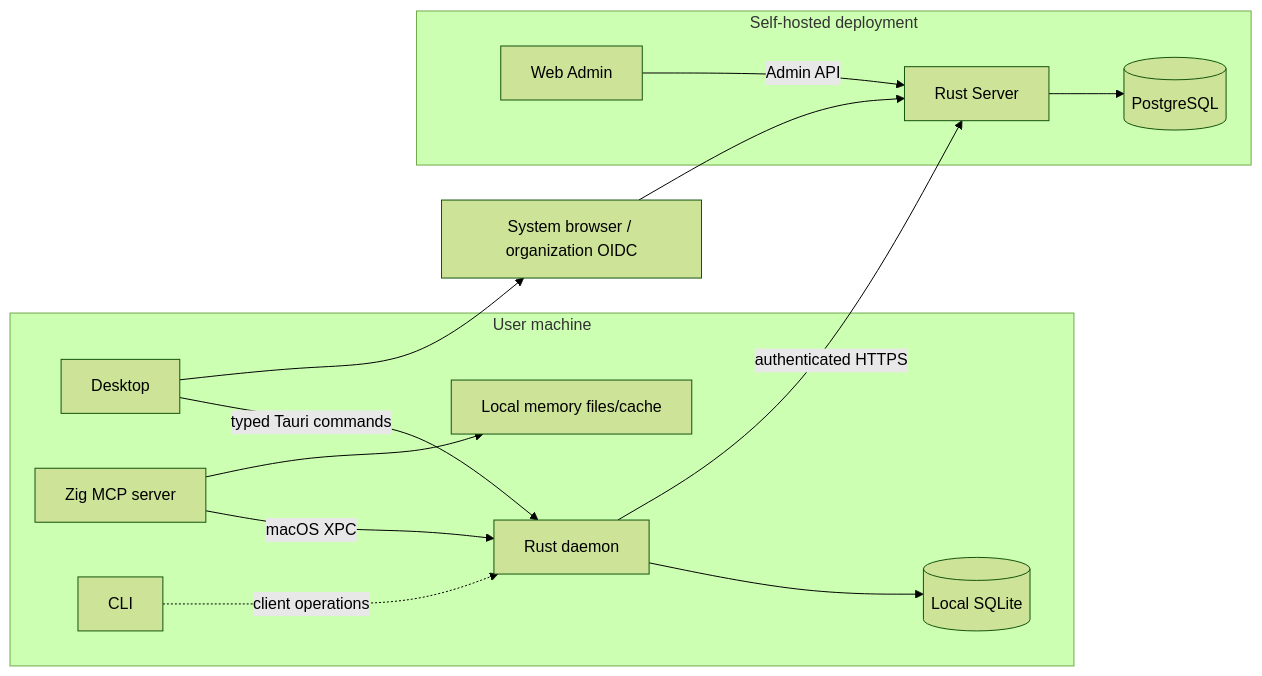
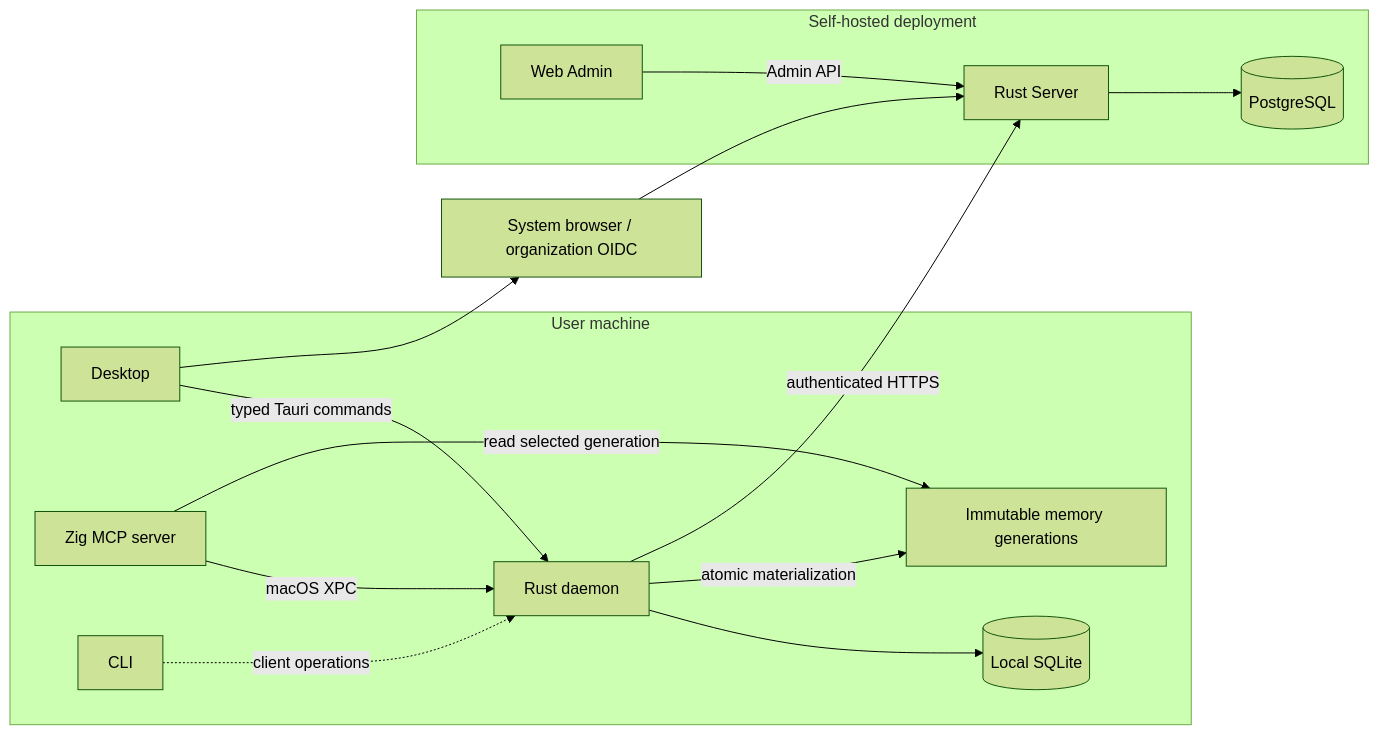
Before and after one commit to dylanwangeth/clumsies: the first of 4 diagrams in docs/architecture.md, drawn with Mermaid (forest theme). The commit also changed other lines of this file and 17 other files, not shown here.

First line of the commit message:
daemon: synchronize authoritative Commit generations

````diff
--- a/docs/architecture.md
+++ b/docs/architecture.md
@@ -5,30 +5,31 @@
 ```mermaid
 flowchart LR
     subgraph Machine["User machine"]
         Desktop["Desktop"]
         MCP["Zig MCP server"]
         CLI["CLI"]
         Daemon["Rust daemon"]
         LocalDB[("Local SQLite")]
-        Files["Local memory files/cache"]
+        Files["Immutable memory generations"]
     end
 
     subgraph Deployment["Self-hosted deployment"]
         Server["Rust Server"]
         Postgres[("PostgreSQL")]
         Admin["Web Admin"]
     end
 
     Browser["System browser / organization OIDC"]
 
     Desktop -->|"typed Tauri commands"| Daemon
     MCP -->|"macOS XPC"| Daemon
     CLI -.->|"client operations"| Daemon
     Daemon --> LocalDB
-    MCP --> Files
+    Daemon -->|"atomic materialization"| Files
+    MCP -->|"read selected generation"| Files
     Daemon -->|"authenticated HTTPS"| Server
     Desktop --> Browser
     Browser --> Server
     Server --> Postgres
     Admin -->|"Admin API"| Server
 ```
````
